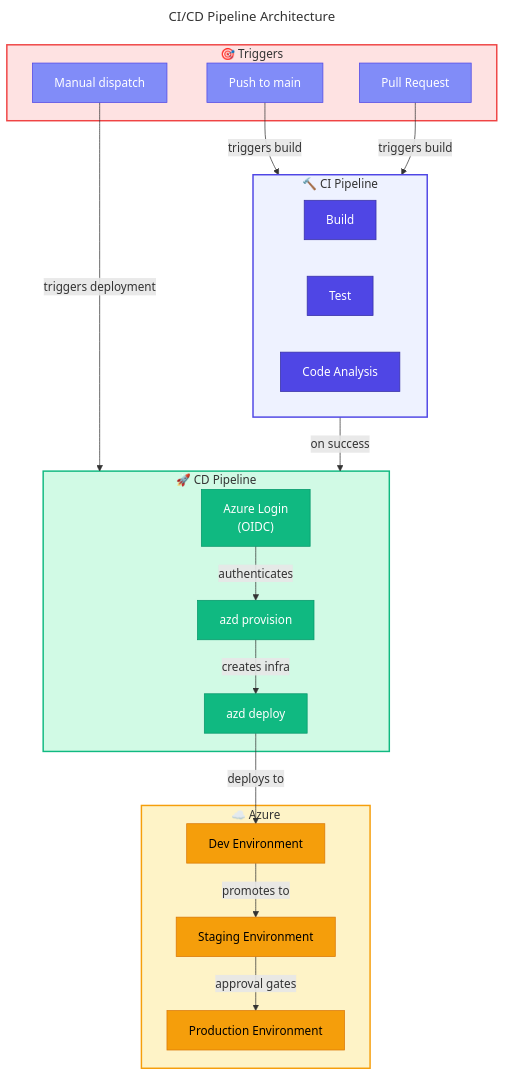
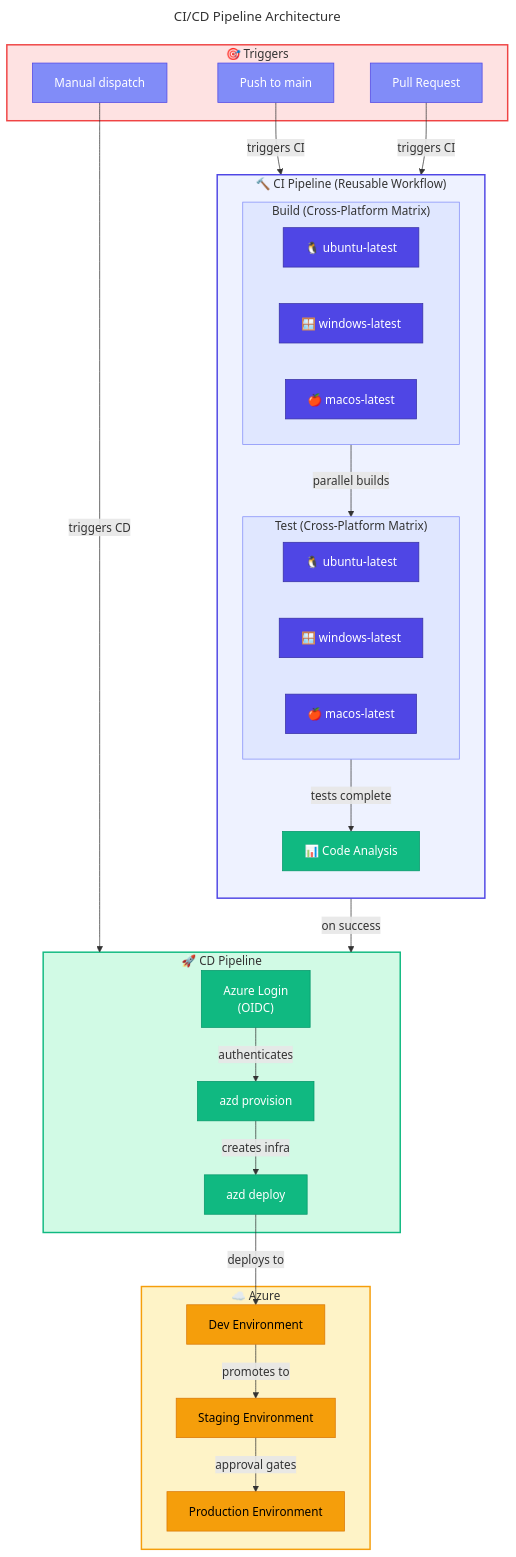
Before and after one commit to Evilazaro/Azure-LogicApps-Monitoring: the fourth of 6 diagrams in docs/architecture/07-deployment-architecture.md, drawn with Mermaid. The commit also changed other lines of this file, not shown here.

Commit message:
fix: Enhance CI/CD documentation with cross-platform matrix strategy and artifact naming conventions

````diff
--- a/docs/architecture/07-deployment-architecture.md
+++ b/docs/architecture/07-deployment-architecture.md
@@ -297,64 +297,79 @@
 ```mermaid
 ---
 title: CI/CD Pipeline Architecture
 ---
 flowchart TB
     %% ===== CLASS DEFINITIONS =====
     classDef primary fill:#4F46E5,stroke:#3730A3,color:#FFFFFF
     classDef secondary fill:#10B981,stroke:#059669,color:#FFFFFF
     classDef datastore fill:#F59E0B,stroke:#D97706,color:#000000
     classDef external fill:#6B7280,stroke:#4B5563,color:#FFFFFF,stroke-dasharray: 5 5
     classDef failed fill:#F44336,stroke:#C62828,color:#FFFFFF
     classDef trigger fill:#818CF8,stroke:#4F46E5,color:#FFFFFF
     classDef decision fill:#FFFBEB,stroke:#F59E0B,color:#000000
     classDef input fill:#F3F4F6,stroke:#6B7280,color:#000000
+    classDef matrix fill:#E0E7FF,stroke:#4F46E5,color:#000000
 
     %% ===== TRIGGER SOURCES =====
     subgraph TriggerGroup["🎯 Triggers"]
         Push["Push to main"]
         PR["Pull Request"]
         Manual["Manual dispatch"]
     end
     style TriggerGroup fill:#FEE2E2,stroke:#EF4444,stroke-width:2px
 
     %% ===== CI PIPELINE =====
-    subgraph CI["🔨 CI Pipeline"]
-        Build["Build"]
-        Test["Test"]
-        Analyze["Code Analysis"]
+    subgraph CI["🔨 CI Pipeline (Reusable Workflow)"]
+        direction TB
+        subgraph BuildMatrix["Build (Cross-Platform Matrix)"]
+            BuildLinux["🐧 ubuntu-latest"]
+            BuildWindows["🪟 windows-latest"]
+            BuildMac["🍎 macos-latest"]
+        end
+        subgraph TestMatrix["Test (Cross-Platform Matrix)"]
+            TestLinux["🐧 ubuntu-latest"]
+            TestWindows["🪟 windows-latest"]
+            TestMac["🍎 macos-latest"]
+        end
+        Analyze["📊 Code Analysis"]
     end
     style CI fill:#EEF2FF,stroke:#4F46E5,stroke-width:2px
+    style BuildMatrix fill:#E0E7FF,stroke:#818CF8,stroke-width:1px
+    style TestMatrix fill:#E0E7FF,stroke:#818CF8,stroke-width:1px
 
     %% ===== CD PIPELINE =====
     subgraph CD["🚀 CD Pipeline"]
         Login["Azure Login<br/>(OIDC)"]
         Provision["azd provision"]
         Deploy["azd deploy"]
     end
     style CD fill:#D1FAE5,stroke:#10B981,stroke-width:2px
 
     %% ===== AZURE ENVIRONMENTS =====
     subgraph Azure["☁️ Azure"]
         Dev["Dev Environment"]
         Staging["Staging Environment"]
         Prod["Production Environment"]
     end
     style Azure fill:#FEF3C7,stroke:#F59E0B,stroke-width:2px
 
     %% ===== PIPELINE CONNECTIONS =====
-    Push -->|"triggers build"| CI
-    PR -->|"triggers build"| CI
-    Manual -->|"triggers deployment"| CD
+    Push -->|"triggers CI"| CI
+    PR -->|"triggers CI"| CI
+    Manual -->|"triggers CD"| CD
+    BuildMatrix -->|"parallel builds"| TestMatrix
+    TestMatrix -->|"tests complete"| Analyze
     CI -->|"on success"| CD
     Login -->|"authenticates"| Provision
     Provision -->|"creates infra"| Deploy
     Deploy -->|"deploys to"| Dev
     Dev -->|"promotes to"| Staging
     Staging -->|"approval gates"| Prod
 
     %% ===== APPLY STYLES =====
     class Push,PR,Manual trigger
-    class Build,Test,Analyze primary
+    class BuildLinux,BuildWindows,BuildMac,TestLinux,TestWindows,TestMac primary
+    class Analyze secondary
     class Login,Provision,Deploy secondary
     class Dev,Staging,Prod datastore
 ```
````
